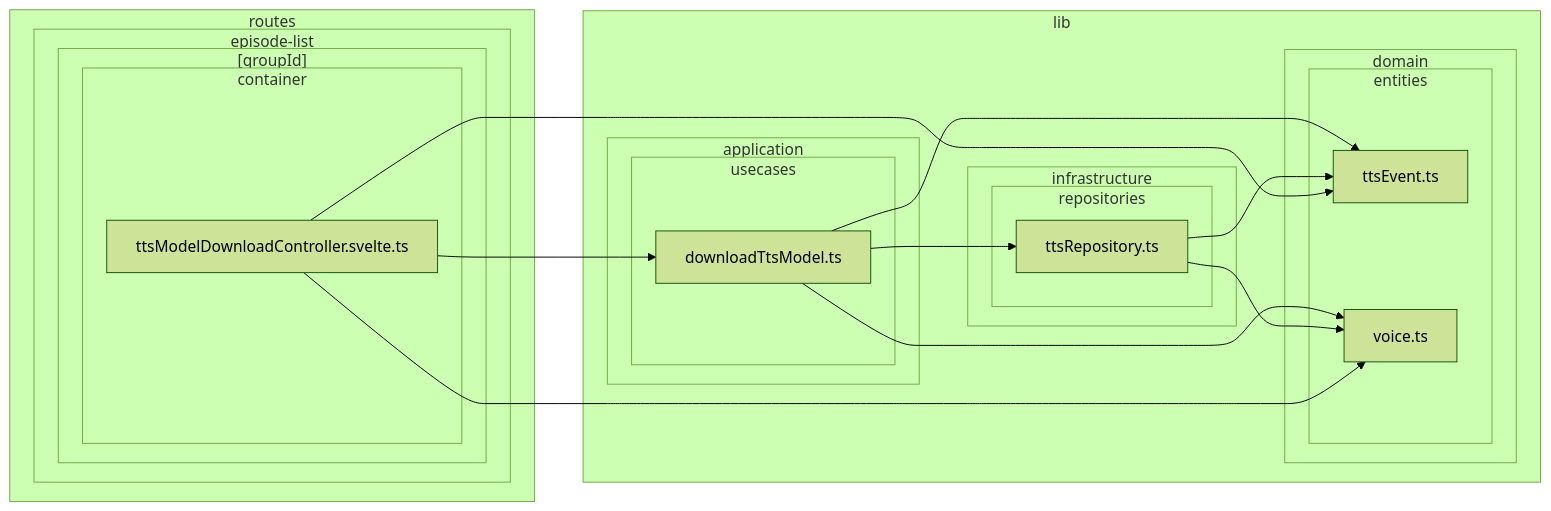
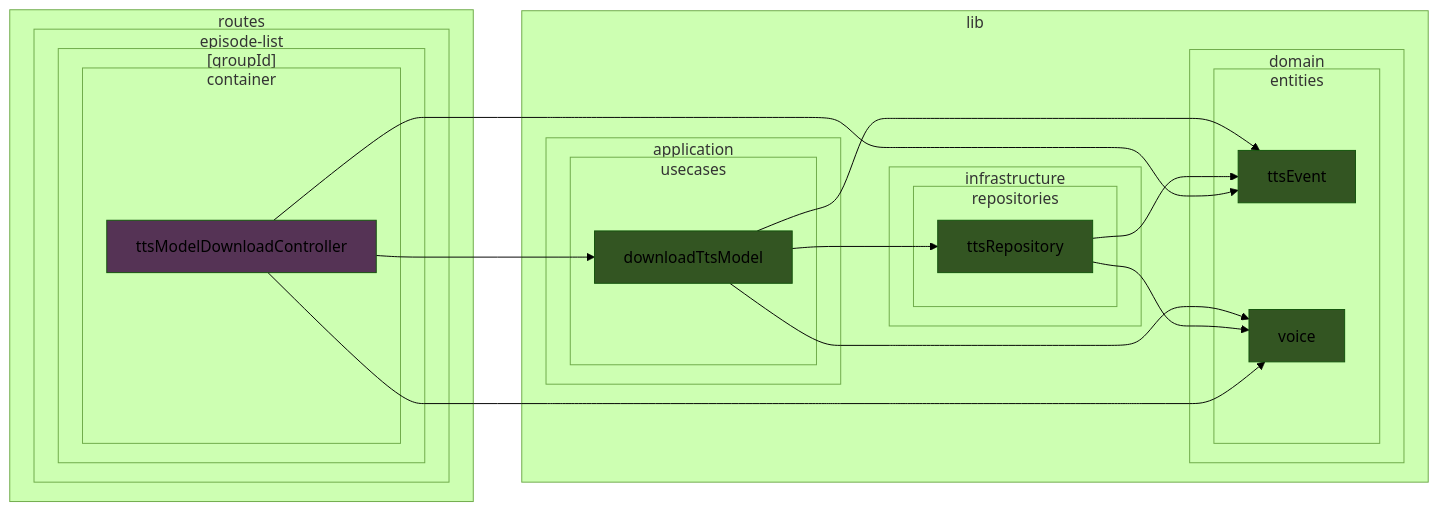
Diagram 13 of 39 in doc/dependency-graph.md (k5n/kotonoha), drawn with Mermaid (forest theme) before and after one commit. The commit also changed other lines of this file, not shown here.

````diff
--- a/doc/dependency-graph.md
+++ b/doc/dependency-graph.md
@@ -550,38 +716,46 @@
 ```mermaid
 graph LR
+    classDef cssSvelteComponent fill:#325;
+    classDef cssSvelteScript fill:#535;
+    classDef cssTypeScript fill:#352;
         subgraph sg_lib ["lib"]
             subgraph sg_lib_application ["application"]
                 subgraph sg_lib_application_usecases ["usecases"]
-                    src_lib_application_usecases_downloadTtsModel_ts["downloadTtsModel.ts"]
+                    src_lib_application_usecases_downloadTtsModel_ts["downloadTtsModel"]
                 end
             end
             subgraph sg_lib_domain ["domain"]
                 subgraph sg_lib_domain_entities ["entities"]
-                    src_lib_domain_entities_ttsEvent_ts["ttsEvent.ts"]
-                    src_lib_domain_entities_voice_ts["voice.ts"]
+                    src_lib_domain_entities_ttsEvent_ts["ttsEvent"]
+                    src_lib_domain_entities_voice_ts["voice"]
                 end
             end
             subgraph sg_lib_infrastructure ["infrastructure"]
                 subgraph sg_lib_infrastructure_repositories ["repositories"]
-                    src_lib_infrastructure_repositories_ttsRepository_ts["ttsRepository.ts"]
+                    src_lib_infrastructure_repositories_ttsRepository_ts["ttsRepository"]
                 end
             end
         end
         subgraph sg_routes ["routes"]
             subgraph sg_routes_episode_list ["episode-list"]
                 subgraph sg_routes_episode_list__groupId_ ["[groupId]"]
                     subgraph sg_routes_episode_list__groupId__container ["container"]
-                        src_routes_episode_list__groupId__container_ttsModelDownloadController_svelte_ts["ttsModelDownloadController.svelte.ts"]
+                        src_routes_episode_list__groupId__container_ttsModelDownloadController_svelte_ts["ttsModelDownloadController"]
                     end
                 end
             end
         end
     src_lib_application_usecases_downloadTtsModel_ts --> src_lib_domain_entities_ttsEvent_ts
     src_lib_application_usecases_downloadTtsModel_ts --> src_lib_domain_entities_voice_ts
     src_lib_application_usecases_downloadTtsModel_ts --> src_lib_infrastructure_repositories_ttsRepository_ts
     src_lib_infrastructure_repositories_ttsRepository_ts --> src_lib_domain_entities_ttsEvent_ts
     src_lib_infrastructure_repositories_ttsRepository_ts --> src_lib_domain_entities_voice_ts
     src_routes_episode_list__groupId__container_ttsModelDownloadController_svelte_ts --> src_lib_application_usecases_downloadTtsModel_ts
     src_routes_episode_list__groupId__container_ttsModelDownloadController_svelte_ts --> src_lib_domain_entities_ttsEvent_ts
     src_routes_episode_list__groupId__container_ttsModelDownloadController_svelte_ts --> src_lib_domain_entities_voice_ts
+    class src_lib_application_usecases_downloadTtsModel_ts cssTypeScript
+    class src_lib_domain_entities_ttsEvent_ts cssTypeScript
+    class src_lib_domain_entities_voice_ts cssTypeScript
+    class src_lib_infrastructure_repositories_ttsRepository_ts cssTypeScript
+    class src_routes_episode_list__groupId__container_ttsModelDownloadController_svelte_ts cssSvelteScript
 ```
````
